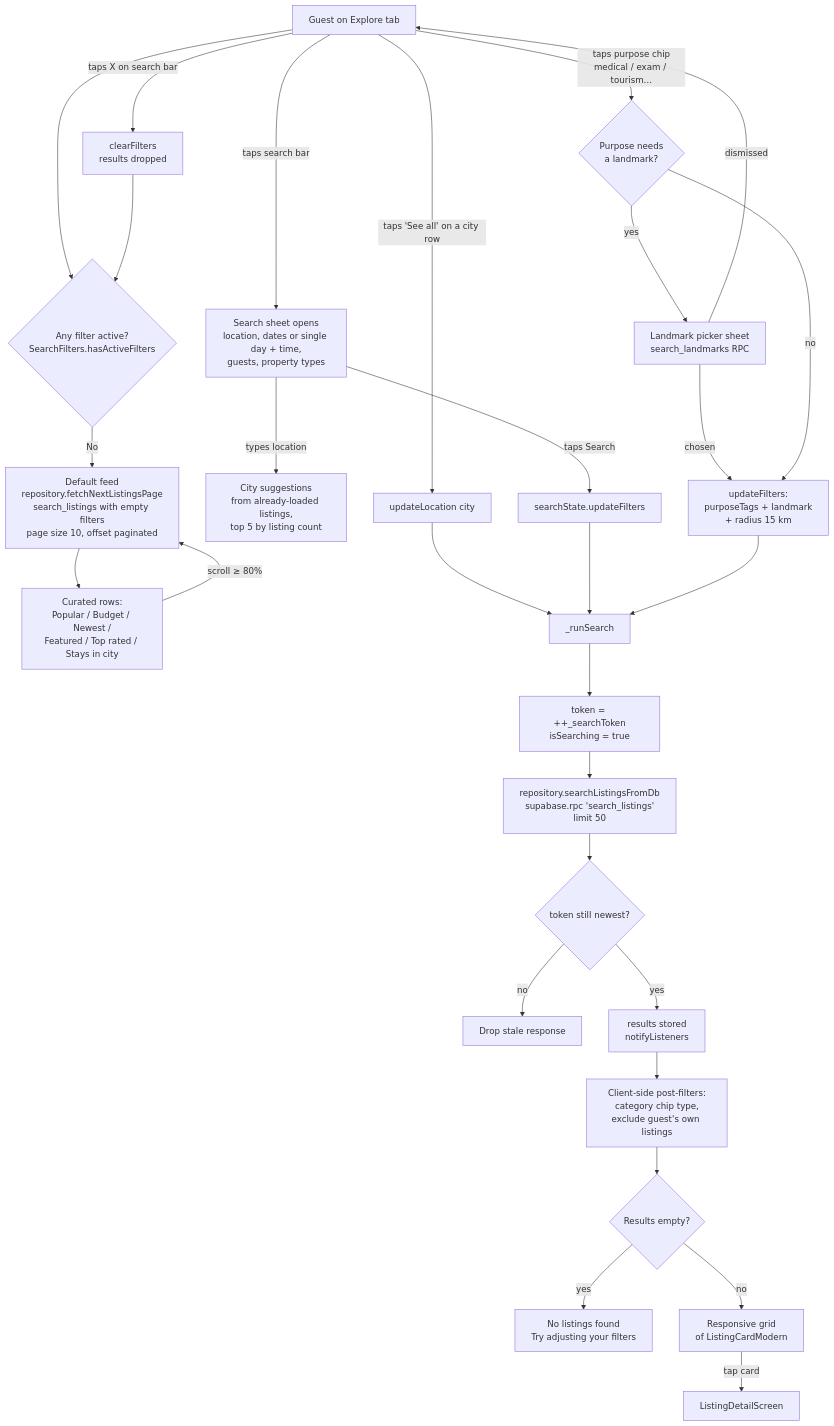
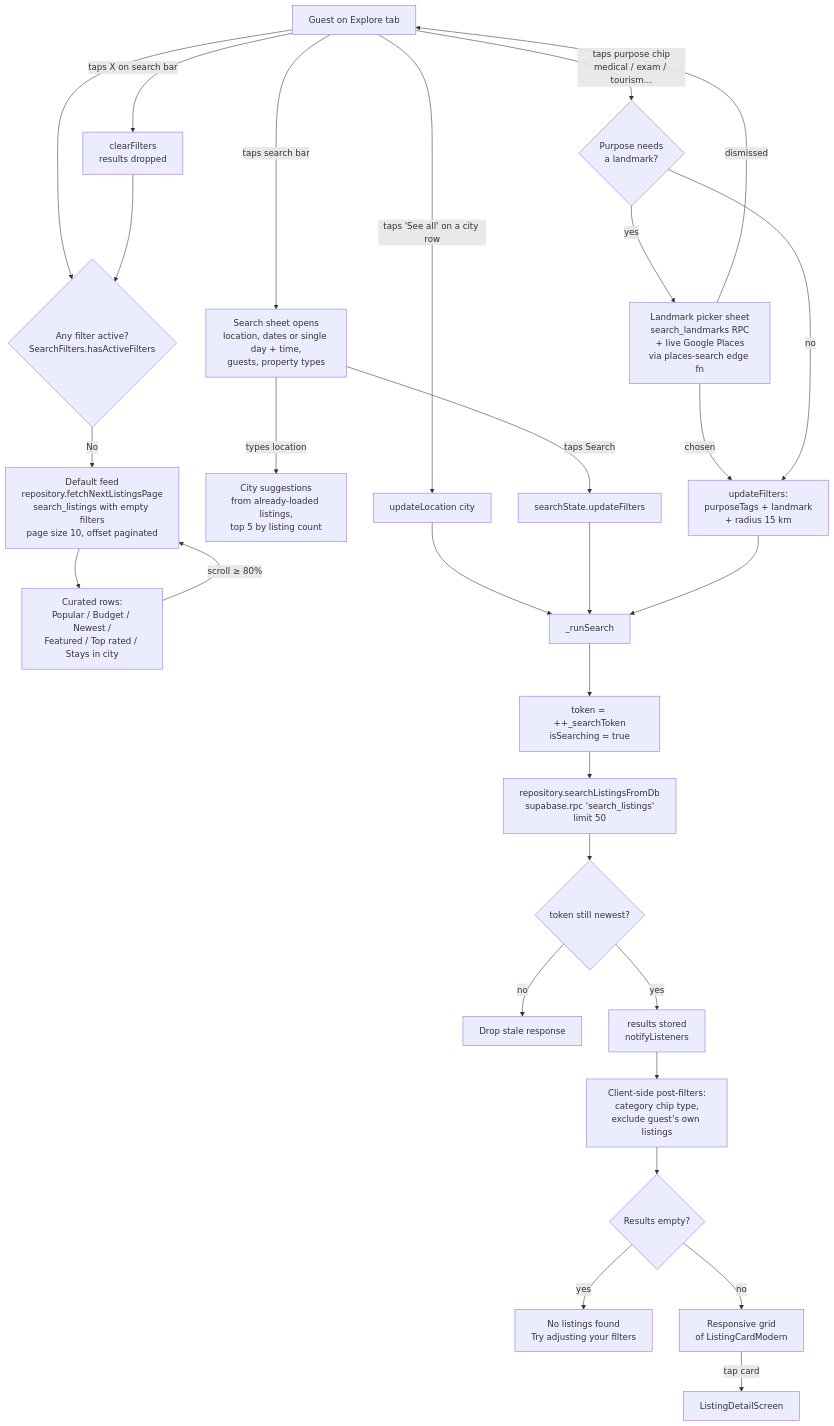
The first of 2 diagrams in docs/GUEST_SEARCH_FLOW.md (naib77/musafirr), drawn with Mermaid before and after one commit. The commit also changed other lines of this file and 3 other files, not shown here.

First line of the commit message:
feat: dynamic place search in purpose landmark picker (Google Places)

````diff
--- a/docs/GUEST_SEARCH_FLOW.md
+++ b/docs/GUEST_SEARCH_FLOW.md
@@ -45,36 +45,36 @@
 ```mermaid
 flowchart TD
     A[Guest on Explore tab] --> B{Any filter active?\nSearchFilters.hasActiveFilters}
 
     B -- No --> FEED[Default feed\nrepository.fetchNextListingsPage\nsearch_listings with empty filters\npage size 10, offset paginated]
     FEED --> ROWS[Curated rows:\nPopular / Budget / Newest /\nFeatured / Top rated / Stays in city]
     ROWS -- "scroll ≥ 80%" --> FEED
 
     A -- taps search bar --> SHEET[Search sheet opens\nlocation, dates or single day + time,\nguests, property types]
     SHEET -- types location --> SUGG[City suggestions\nfrom already-loaded listings,\ntop 5 by listing count]
     SHEET -- taps Search --> APPLY[searchState.updateFilters]
 
     A -- taps purpose chip\nmedical / exam / tourism… --> LM{Purpose needs\na landmark?}
-    LM -- yes --> PICK[Landmark picker sheet\nsearch_landmarks RPC]
+    LM -- yes --> PICK[Landmark picker sheet\nsearch_landmarks RPC\n+ live Google Places\nvia places-search edge fn]
     PICK -- chosen --> APPLY2[updateFilters:\npurposeTags + landmark\n+ radius 15 km]
     PICK -- dismissed --> A
     LM -- no --> APPLY2
 
     A -- taps 'See all' on a city row --> CITY[updateLocation city] --> RUN
     APPLY --> RUN[_runSearch]
     APPLY2 --> RUN
 
     RUN --> TOK[token = ++_searchToken\nisSearching = true]
     TOK --> RPC[repository.searchListingsFromDb\nsupabase.rpc 'search_listings'\nlimit 50]
     RPC --> CHK{token still newest?}
     CHK -- no --> DROP[Drop stale response]
     CHK -- yes --> RES[results stored\nnotifyListeners]
 
     RES --> POST[Client-side post-filters:\ncategory chip type,\nexclude guest's own listings]
     POST --> GRID{Results empty?}
     GRID -- yes --> EMPTY[No listings found\nTry adjusting your filters]
     GRID -- no --> SHOW[Responsive grid\nof ListingCardModern]
     SHOW -- tap card --> DETAIL[ListingDetailScreen]
 
     A -- taps X on search bar --> CLR[clearFilters\nresults dropped] --> B
 ```
````
